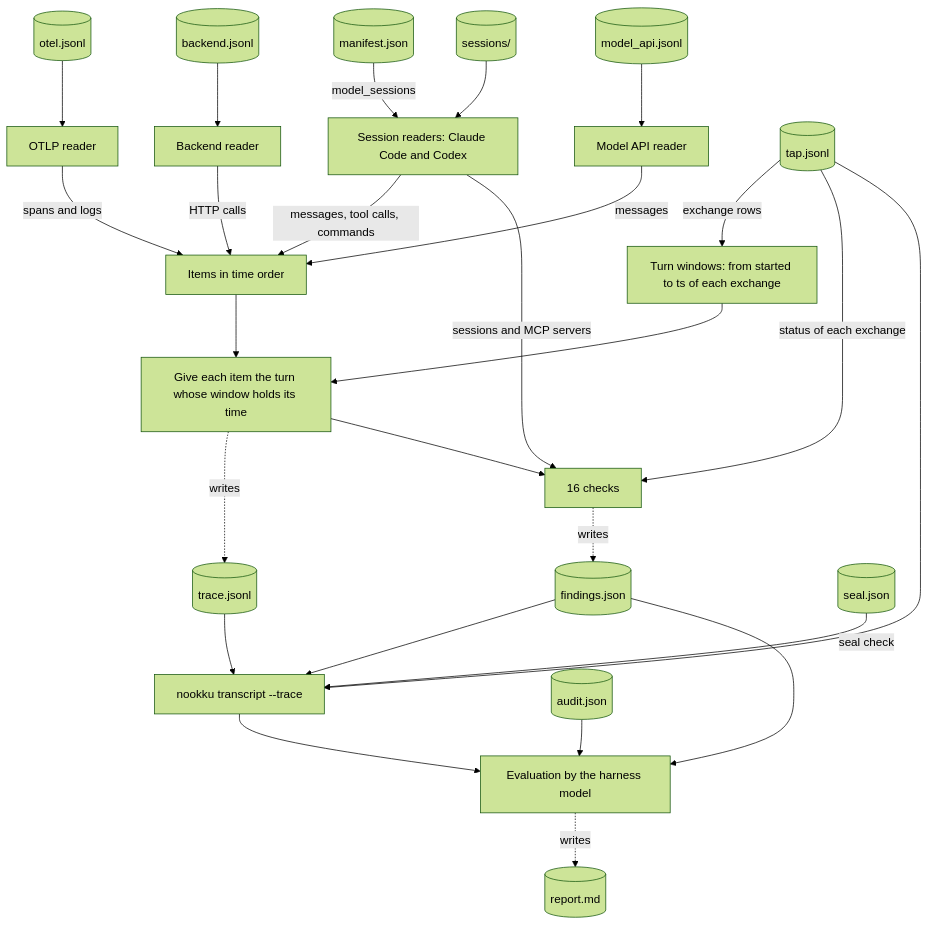
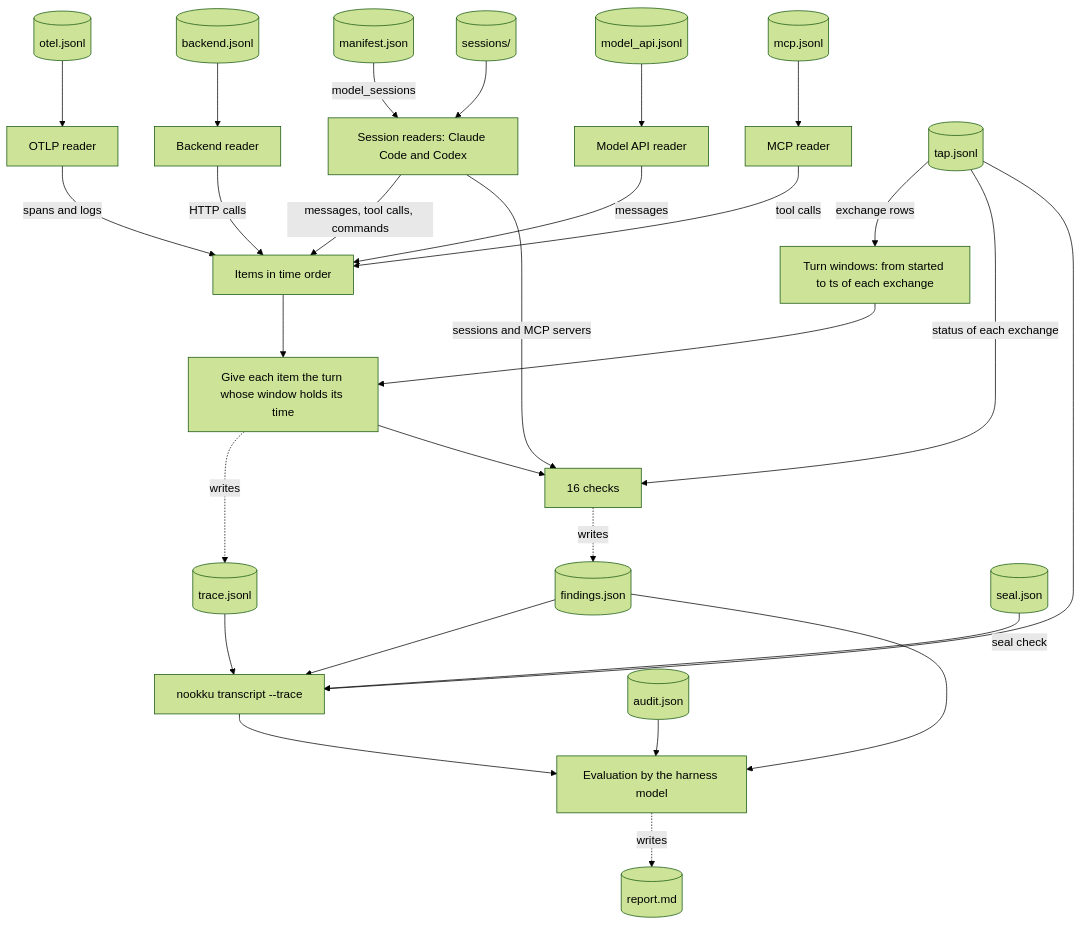
The fourth of 4 diagrams in docs/architecture.md (mohanraj00/nookku), drawn with Mermaid (forest theme) before and after one commit. The commit also changed other lines of this file and 52 other files, not shown here.

First line of the commit message:
Record the calls of the agent to its MCP servers (#433)

````diff
--- a/docs/architecture.md
+++ b/docs/architecture.md
@@ -209,28 +211,30 @@
 ```mermaid
 flowchart TB
     manifestrec[(manifest.json)] -->|model_sessions| sreaders[Session readers: Claude Code and Codex]
     sessions[(sessions/)] --> sreaders
     otelrec[(otel.jsonl)] --> oreader[OTLP reader]
     backendrec[(backend.jsonl)] --> breader[Backend reader]
     modelrec[(model_api.jsonl)] --> mreader[Model API reader]
+    mcprec[(mcp.jsonl)] --> mcpreader[MCP reader]
     sreaders -->|messages, tool calls, commands| items[Items in time order]
     oreader -->|spans and logs| items
     breader -->|HTTP calls| items
     mreader -->|messages| items
+    mcpreader -->|tool calls| items
     taprec[(tap.jsonl)] -->|exchange rows| windows[Turn windows: from started to ts of each exchange]
     items --> assign[Give each item the turn whose window holds its time]
     windows --> assign
     assign -.->|writes| tracerec[(trace.jsonl)]
     assign --> checks[16 checks]
     sreaders -->|sessions and MCP servers| checks
     taprec -->|status of each exchange| checks
     checks -.->|writes| findingsrec[(findings.json)]
     taprec --> transcript[nookku transcript --trace]
     tracerec --> transcript
     findingsrec --> transcript
     sealrec[(seal.json)] -->|seal check| transcript
     transcript --> eval[Evaluation by the harness model]
     findingsrec --> eval
     auditrec[(audit.json)] --> eval
     eval -.->|writes| report[(report.md)]
 ```
````
